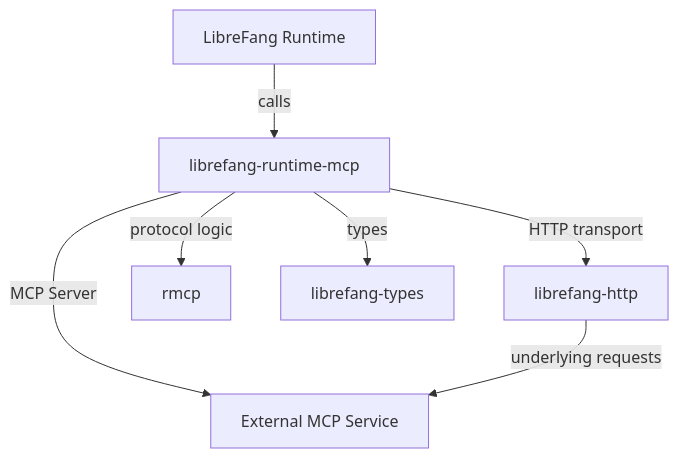
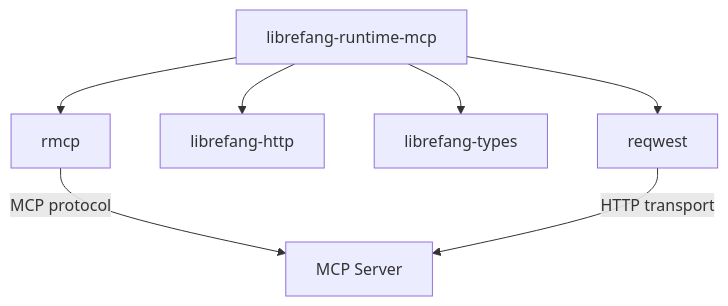
One commit to leszek3737/librefang-WIki changed the diagram in other-librefang-runtime-mcp.md. Above: the diagram before and after it, drawn with Mermaid. The commit also changed other lines of this file and 100 other files, not shown here.

````diff
--- a/other-librefang-runtime-mcp.md
+++ b/other-librefang-runtime-mcp.md
@@ -39,9 +18,9 @@
 ```mermaid
 graph TD
-    A[LibreFang Runtime] -->|calls| B[librefang-runtime-mcp]
-    B -->|HTTP transport| C[librefang-http]
-    B -->|protocol logic| D[rmcp]
-    B -->|types| E[librefang-types]
-    B -->|MCP Server| F[External MCP Service]
-    C -->|underlying requests| F
+    A[librefang-runtime-mcp] --> B[rmcp]
+    A --> C[librefang-http]
+    A --> D[librefang-types]
+    A --> E[reqwest]
+    B -->|MCP protocol| F[MCP Server]
+    E -->|HTTP transport| F
 ```
````
